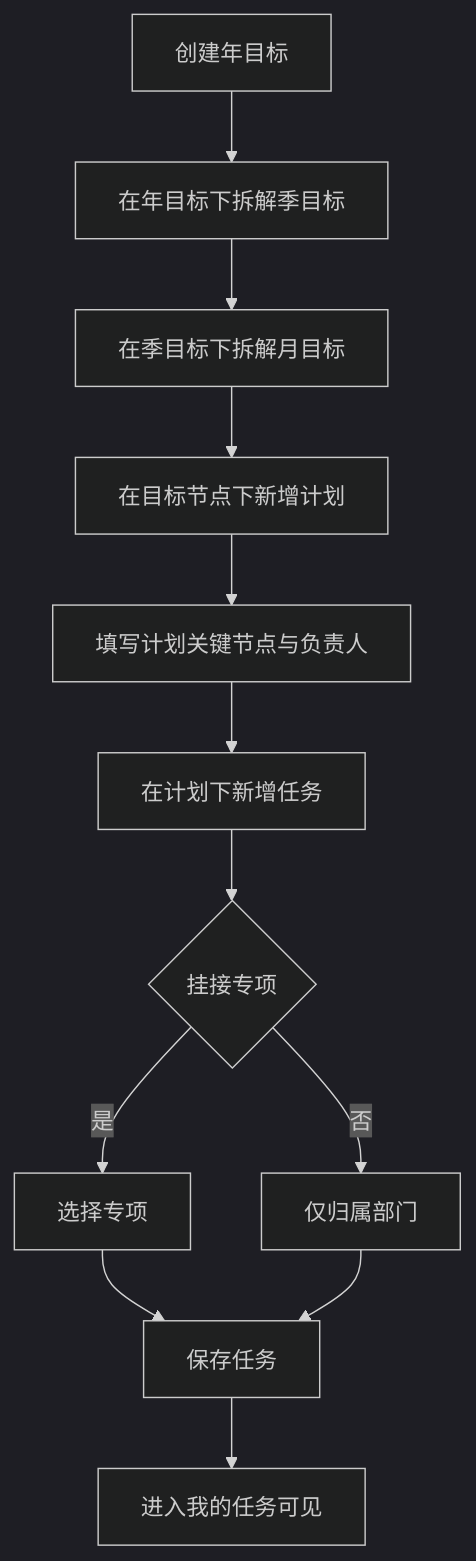
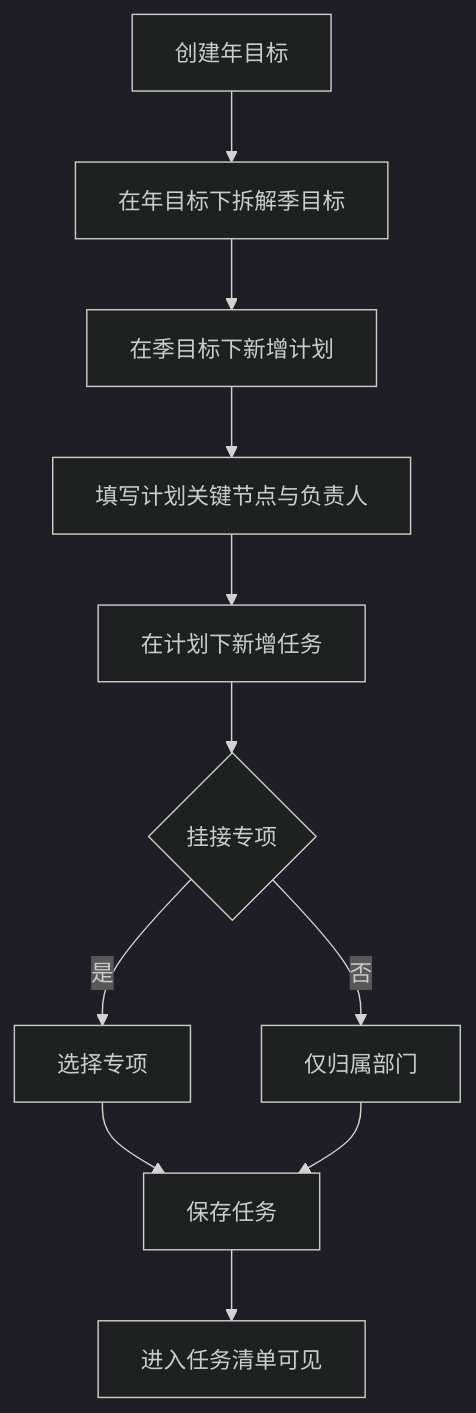
The second of 8 diagrams in docs/versions/v1.0.0/prd.md (liaoliao66/BMS), drawn with Mermaid (dark theme) before and after one commit. The commit also changed other lines of this file and 100 other files, not shown here.

````diff
--- a/docs/versions/v1.0.0/prd.md
+++ b/docs/versions/v1.0.0/prd.md
@@ -154,14 +157,13 @@
 ```mermaid
 flowchart TD
   A[创建年目标] --> B[在年目标下拆解季目标]
-  B --> C[在季目标下拆解月目标]
-  C --> D[在目标节点下新增计划]
-  D --> E[填写计划关键节点与负责人]
-  E --> F[在计划下新增任务]
-  F --> G{挂接专项}
-  G -->|是| H[选择专项]
-  G -->|否| I[仅归属部门]
-  H --> J[保存任务]
-  I --> J
-  J --> K[进入我的任务可见]
+  B --> C[在季目标下新增计划]
+  C --> D[填写计划关键节点与负责人]
+  D --> E[在计划下新增任务]
+  E --> F{挂接专项}
+  F -->|是| G[选择专项]
+  F -->|否| H[仅归属部门]
+  G --> I[保存任务]
+  H --> I
+  I --> J[进入任务清单可见]
 ```
````
